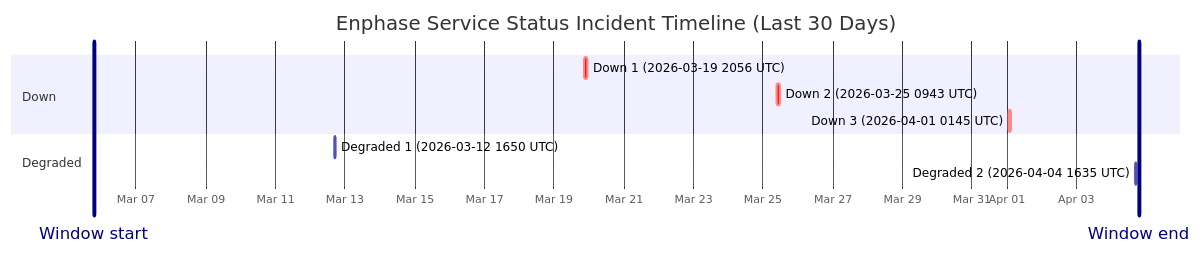
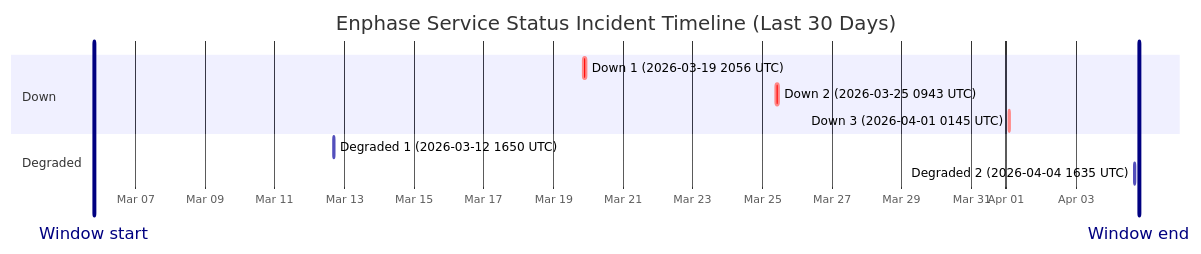
The diagram in wiki/Service-Status-History.md (barneyonline/ha-enphase-ev-charger), drawn with Mermaid before and after one commit. The commit also changed other lines of this file and 3 other files, not shown here.

````diff
--- a/wiki/Service-Status-History.md
+++ b/wiki/Service-Status-History.md
@@ -14,15 +14,15 @@
 ```mermaid
 gantt
     title Enphase Service Status Incident Timeline (Last 30 Days)
     dateFormat  YYYY-MM-DDTHH:mm:ss
     axisFormat  %b %d
-    Window start :vert, window-start, 2026-03-05T18:55:51, 0ms
-    Window end :vert, window-end, 2026-04-04T18:55:51, 0ms
+    Window start :vert, window-start, 2026-03-05T19:31:59, 0ms
+    Window end :vert, window-end, 2026-04-04T19:31:59, 0ms
     section Down
     Down 1 (2026-03-19 2056 UTC) :crit, down-1, 2026-03-19T20:56:20, 145m
     Down 2 (2026-03-25 0943 UTC) :crit, down-2, 2026-03-25T09:43:28, 111m
     Down 3 (2026-04-01 0145 UTC) :crit, down-3, 2026-04-01T01:45:09, 60m
     section Degraded
     Degraded 1 (2026-03-12 1650 UTC) :active, degraded-1, 2026-03-12T16:50:43, 60m
     Degraded 2 (2026-04-04 1635 UTC) :active, degraded-2, 2026-04-04T16:35:17, 60m
 ```
````
